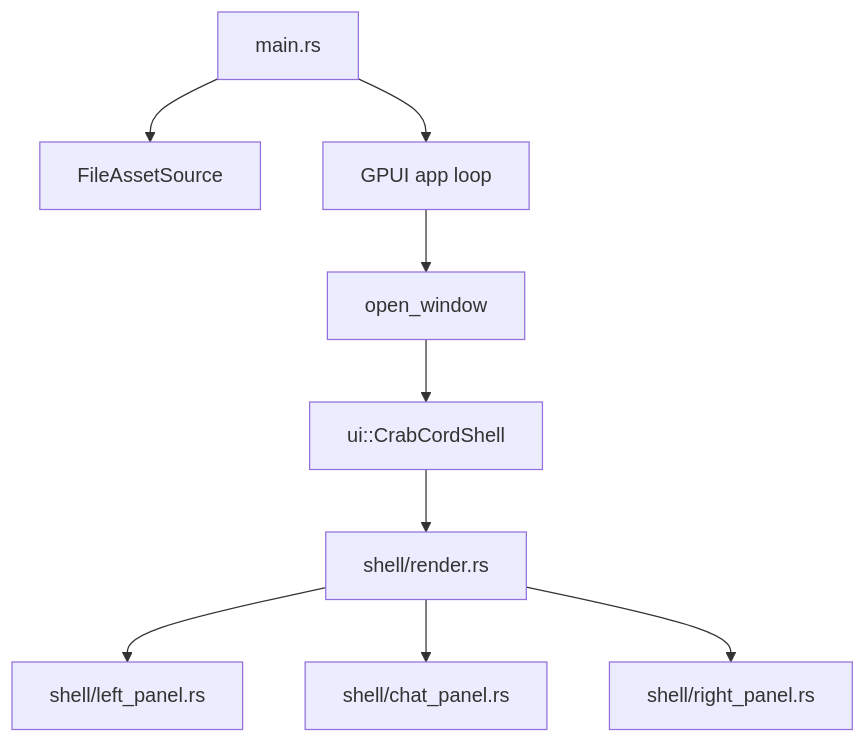
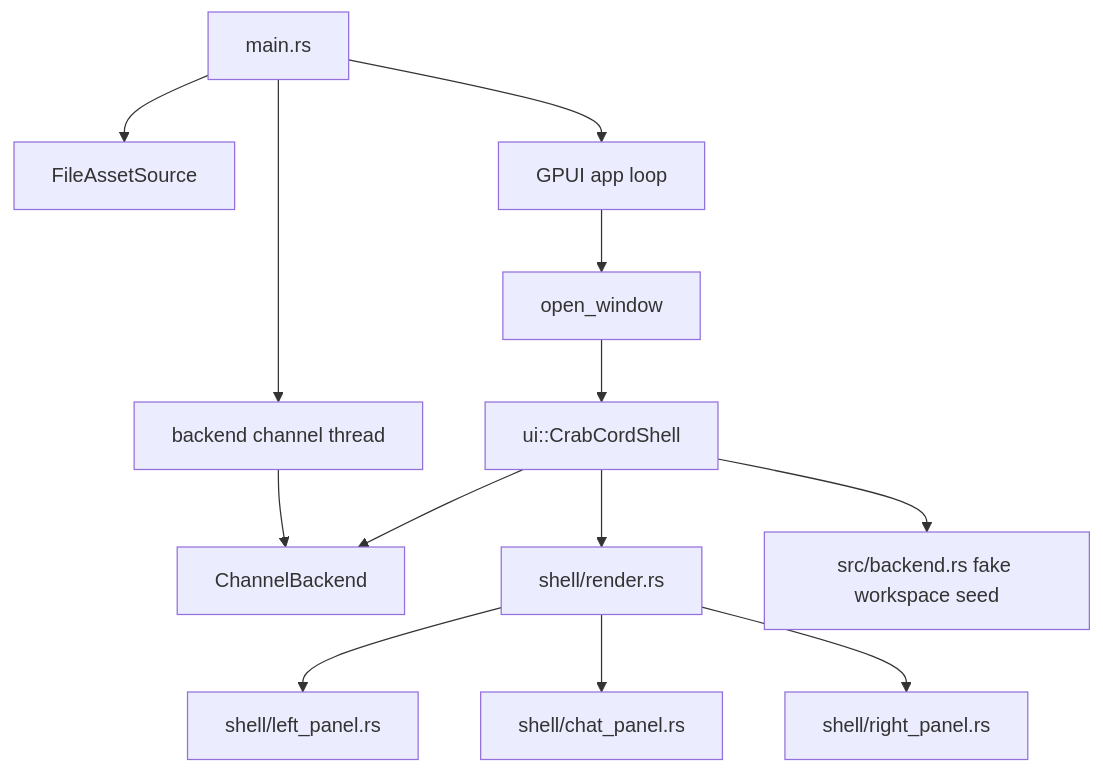
One commit to BradleyMatera/rustpractice changed the diagram in gpui-playground/docs/ARCHITECTURE.md. Above: the diagram before and after it, drawn with Mermaid. The commit also changed other lines of this file and 11 other files, not shown here.

````diff
--- a/gpui-playground/docs/ARCHITECTURE.md
+++ b/gpui-playground/docs/ARCHITECTURE.md
@@ -5,11 +5,15 @@
 ```mermaid
 flowchart TD
     A[main.rs] --> B[FileAssetSource]
-    A --> C[GPUI app loop]
-    C --> D[open_window]
-    D --> E[ui::CrabCordShell]
-    E --> F[shell/render.rs]
-    F --> G[shell/left_panel.rs]
-    F --> H[shell/chat_panel.rs]
-    F --> I[shell/right_panel.rs]
+    A --> C[backend channel thread]
+    C --> D[ChannelBackend]
+    A --> E[GPUI app loop]
+    E --> F[open_window]
+    F --> G[ui::CrabCordShell]
+    G --> H[shell/render.rs]
+    H --> I[shell/left_panel.rs]
+    H --> J[shell/chat_panel.rs]
+    H --> K[shell/right_panel.rs]
+    G --> L[src/backend.rs fake workspace seed]
+    G --> D
 ```
````
